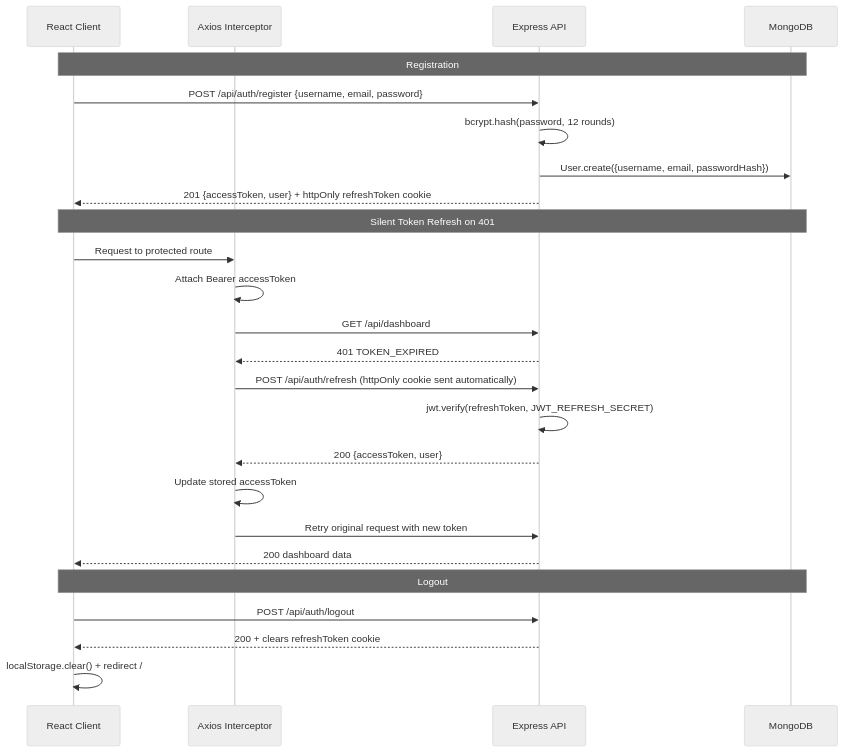
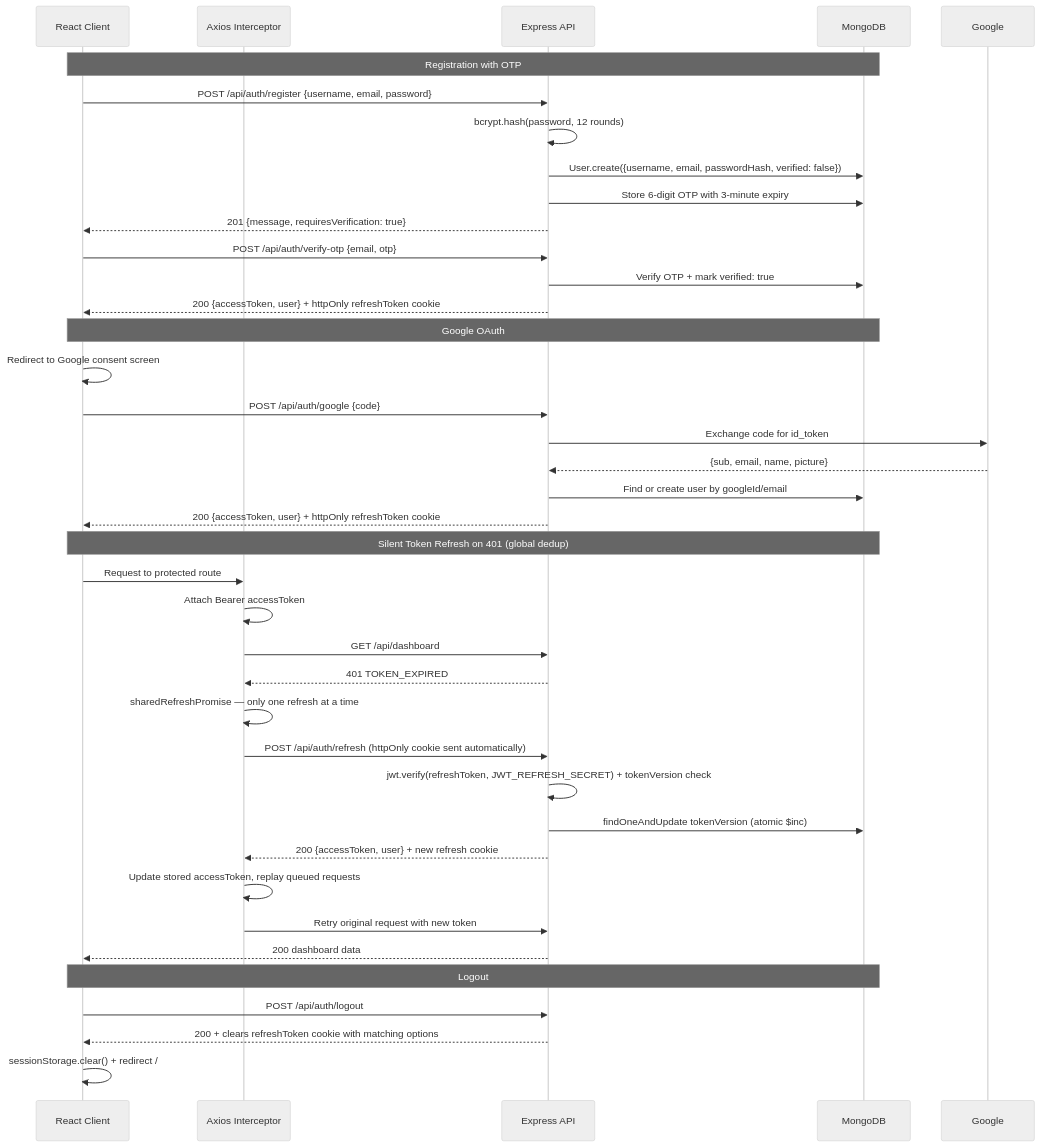
Before and after one commit to GJBarhate/peercode: the diagram in Readme.md, drawn with Mermaid (neutral theme). The commit also changed other lines of this file, not shown here.

````diff
--- a/Readme.md
+++ b/Readme.md
@@ -202,30 +202,44 @@
 ```mermaid
 sequenceDiagram
     participant C as React Client
     participant A as Axios Interceptor
     participant API as Express API
     participant DB as MongoDB
 
-    Note over C,DB: Registration
+    Note over C,DB: Registration with OTP
     C->>API: POST /api/auth/register {username, email, password}
     API->>API: bcrypt.hash(password, 12 rounds)
-    API->>DB: User.create({username, email, passwordHash})
-    API-->>C: 201 {accessToken, user} + httpOnly refreshToken cookie
+    API->>DB: User.create({username, email, passwordHash, verified: false})
+    API->>DB: Store 6-digit OTP with 3-minute expiry
+    API-->>C: 201 {message, requiresVerification: true}
+    C->>API: POST /api/auth/verify-otp {email, otp}
+    API->>DB: Verify OTP + mark verified: true
+    API-->>C: 200 {accessToken, user} + httpOnly refreshToken cookie
 
-    Note over C,DB: Silent Token Refresh on 401
+    Note over C,DB: Google OAuth
+    C->>C: Redirect to Google consent screen
+    C->>API: POST /api/auth/google {code}
+    API->>Google: Exchange code for id_token
+    Google-->>API: {sub, email, name, picture}
+    API->>DB: Find or create user by googleId/email
+    API-->>C: 200 {accessToken, user} + httpOnly refreshToken cookie
+
+    Note over C,DB: Silent Token Refresh on 401 (global dedup)
     C->>A: Request to protected route
     A->>A: Attach Bearer accessToken
     A->>API: GET /api/dashboard
     API-->>A: 401 TOKEN_EXPIRED
+    A->>A: sharedRefreshPromise — only one refresh at a time
     A->>API: POST /api/auth/refresh (httpOnly cookie sent automatically)
-    API->>API: jwt.verify(refreshToken, JWT_REFRESH_SECRET)
-    API-->>A: 200 {accessToken, user}
-    A->>A: Update stored accessToken
+    API->>API: jwt.verify(refreshToken, JWT_REFRESH_SECRET) + tokenVersion check
+    API->>DB: findOneAndUpdate tokenVersion (atomic $inc)
+    API-->>A: 200 {accessToken, user} + new refresh cookie
+    A->>A: Update stored accessToken, replay queued requests
     A->>API: Retry original request with new token
     API-->>C: 200 dashboard data
 
     Note over C,DB: Logout
     C->>API: POST /api/auth/logout
-    API-->>C: 200 + clears refreshToken cookie
-    C->>C: localStorage.clear() + redirect /
+    API-->>C: 200 + clears refreshToken cookie with matching options
+    C->>C: sessionStorage.clear() + redirect /
 ```
````
